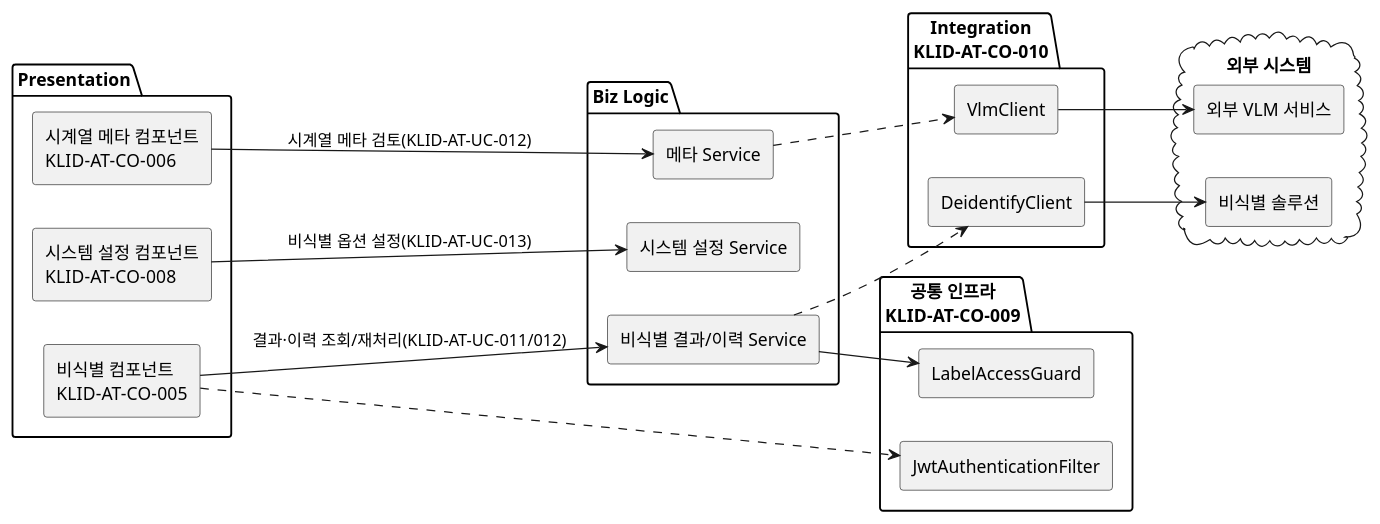
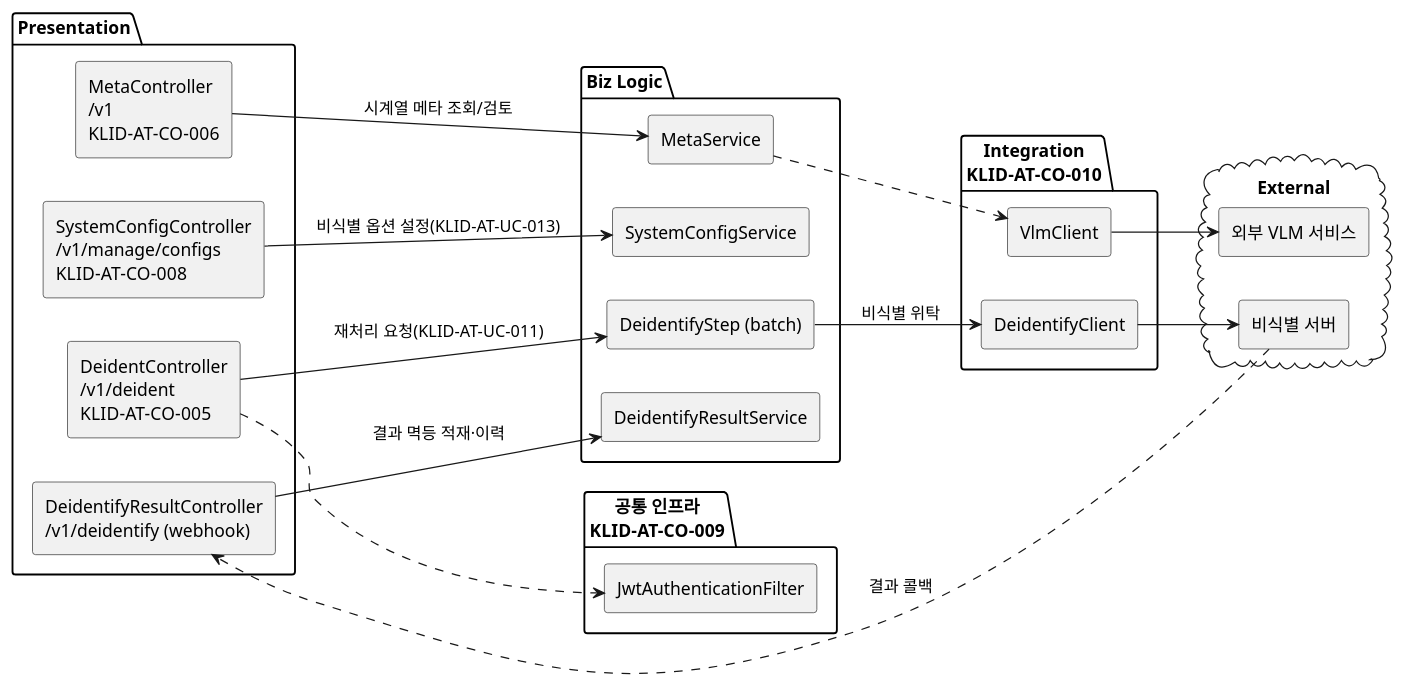
The fifth of 5 diagrams in docs/design/D3-컴포넌트설계서.md (New-stella/klid-label), drawn with PlantUML before and after one commit. The commit also changed other lines of this file and 36 other files, not shown here.

````diff
--- a/docs/design/D3-컴포넌트설계서.md
+++ b/docs/design/D3-컴포넌트설계서.md
@@ -186,37 +212,39 @@
 ```plantuml
 @startuml
 skinparam componentStyle rectangle
 left to right direction
 package "Presentation" {
-  [비식별 컴포넌트\nKLID-AT-CO-005] as DEID
-  [시계열 메타 컴포넌트\nKLID-AT-CO-006] as META
-  [시스템 설정 컴포넌트\nKLID-AT-CO-008] as CFG
+  [DeidentController\n/v1/deident\nKLID-AT-CO-005] as DEIDC
+  [DeidentifyResultController\n/v1/deidentify (webhook)] as DRC
+  [MetaController\n/v1\nKLID-AT-CO-006] as METAC
+  [SystemConfigController\n/v1/manage/configs\nKLID-AT-CO-008] as CFGC
 }
 package "Biz Logic" {
-  [비식별 결과/이력 Service] as DEIDS
-  [메타 Service] as METAS
-  [시스템 설정 Service] as CFGS
+  [DeidentifyStep (batch)] as DSTEP
+  [DeidentifyResultService] as DRS
+  [MetaService] as METAS
+  [SystemConfigService] as CFGS
 }
 package "공통 인프라\nKLID-AT-CO-009" {
   [JwtAuthenticationFilter] as JWT
-  [LabelAccessGuard] as GUARD
 }
 package "Integration\nKLID-AT-CO-010" {
-  [DeidentifyClient] as DEIDC
+  [DeidentifyClient] as DEIDCL
   [VlmClient] as VLMC
 }
-cloud "외부 시스템" {
-  [비식별 솔루션] as DEIDSRV
+cloud "External" {
+  [비식별 서버] as DEIDSRV
   [외부 VLM 서비스] as VLMSRV
 }
-DEID --> DEIDS : 결과·이력 조회/재처리(KLID-AT-UC-011/012)
-META --> METAS : 시계열 메타 검토(KLID-AT-UC-012)
-CFG --> CFGS : 비식별 옵션 설정(KLID-AT-UC-013)
-DEID ..> JWT
-DEIDS --> GUARD
-DEIDS ..> DEIDC
-DEIDC --> DEIDSRV
+DEIDC --> DSTEP : 재처리 요청(KLID-AT-UC-011)
+DSTEP --> DEIDCL : 비식별 위탁
+DEIDCL --> DEIDSRV
+DEIDSRV ..> DRC : 결과 콜백
+DRC --> DRS : 결과 멱등 적재·이력
+METAC --> METAS : 시계열 메타 조회/검토
 METAS ..> VLMC
 VLMC --> VLMSRV
+CFGC --> CFGS : 비식별 옵션 설정(KLID-AT-UC-013)
+DEIDC ..> JWT
 @enduml
 ```
````
